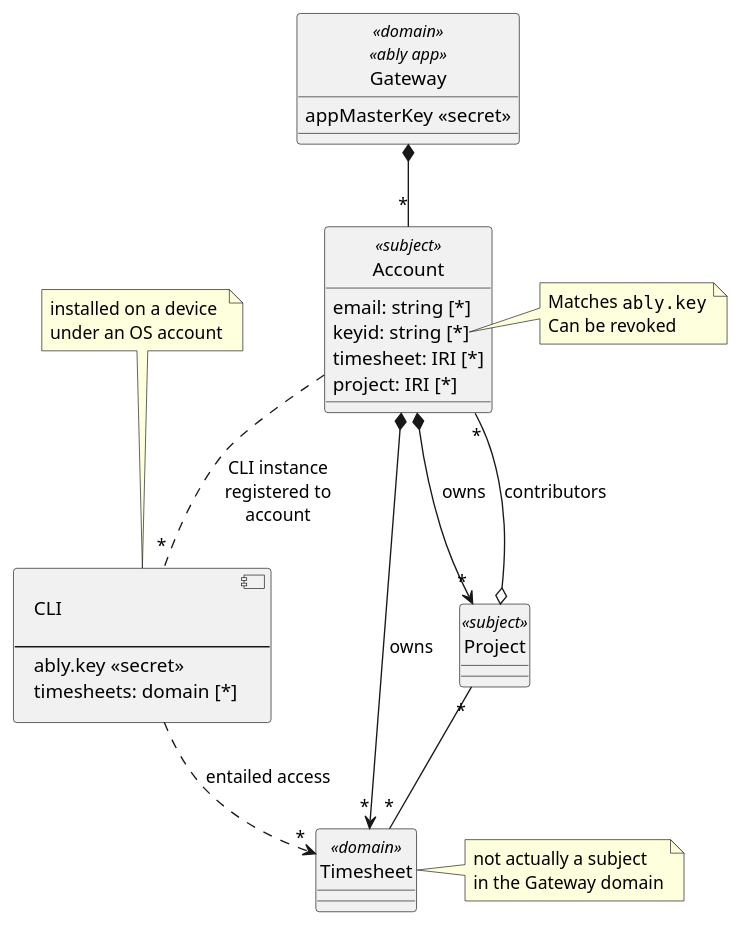
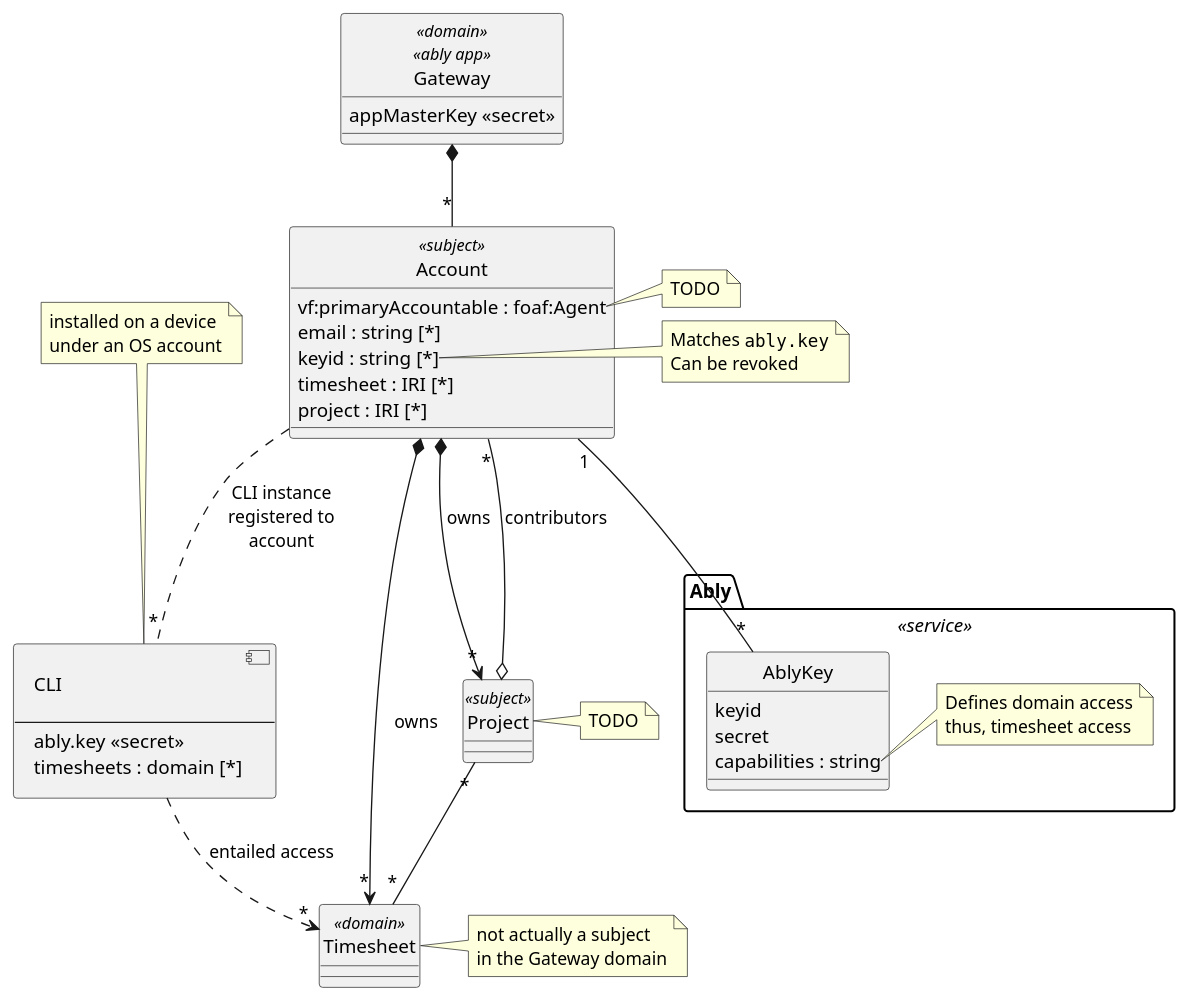
One commit to m-ld/timeld changed the diagram in architecture/security/accounts.class.puml. Above: the diagram before and after it, drawn with PlantUML. The commit also changed 21 other files, not shown here.

```diff
--- a/architecture/security/accounts.class.puml
+++ b/architecture/security/accounts.class.puml
@@ -1,58 +1,79 @@
 @startuml
 'https://plantuml.com/class-diagram
 
 hide circle
 allowmixing
 
 class Gateway <<domain>> <<ably app>> {
   appMasterKey <<secret>>
 }
 
 Gateway *-- "*" Account
 
 class Account <<subject>> {
-  email: string [*]
-  keyid: string [*]
-  timesheet: IRI [*]
-  project: IRI [*]
+  vf:primaryAccountable : foaf:Agent
+  email : string [*]
+  keyid : string [*]
+  timesheet : IRI [*]
+  project : IRI [*]
 }
+note right of Account::vf:primaryAccountable
+  TODO
+end note
 note right of Account::keyid
   Matches ""ably.key""
   Can be revoked
 end note
 
 Account *--> "*" Timesheet: owns
 
 Account *--> "*" Project: owns
 
 class Timesheet <<domain>> {
 }
 note right of Timesheet
   not actually a subject
   in the Gateway domain
 end note
 
 class Project <<subject>> {
 }
+note right
+  TODO
+end note
 
 Project o-- "*" Account: contributors
 
 Project "*" -- "*" Timesheet
 
 component CLI [
   CLI
 
   ---
   ably.key <<secret>>
-  timesheets: domain [*]
+  timesheets : domain [*]
 ]
 note top of CLI
   installed on a device
   under an OS account
 end note
 
 Account .. "*" CLI: CLI instance\nregistered to\naccount
 
 CLI ..> "*" Timesheet: entailed access
 
+package Ably <<service>> {
+  class AblyKey {
+    keyid
+    secret
+    capabilities : string
+  }
+  note right of AblyKey::capabilities
+    Defines domain access
+    thus, timesheet access
+  end note
+
+  Account "1" -- "*" AblyKey
+}
+
 @enduml
```
